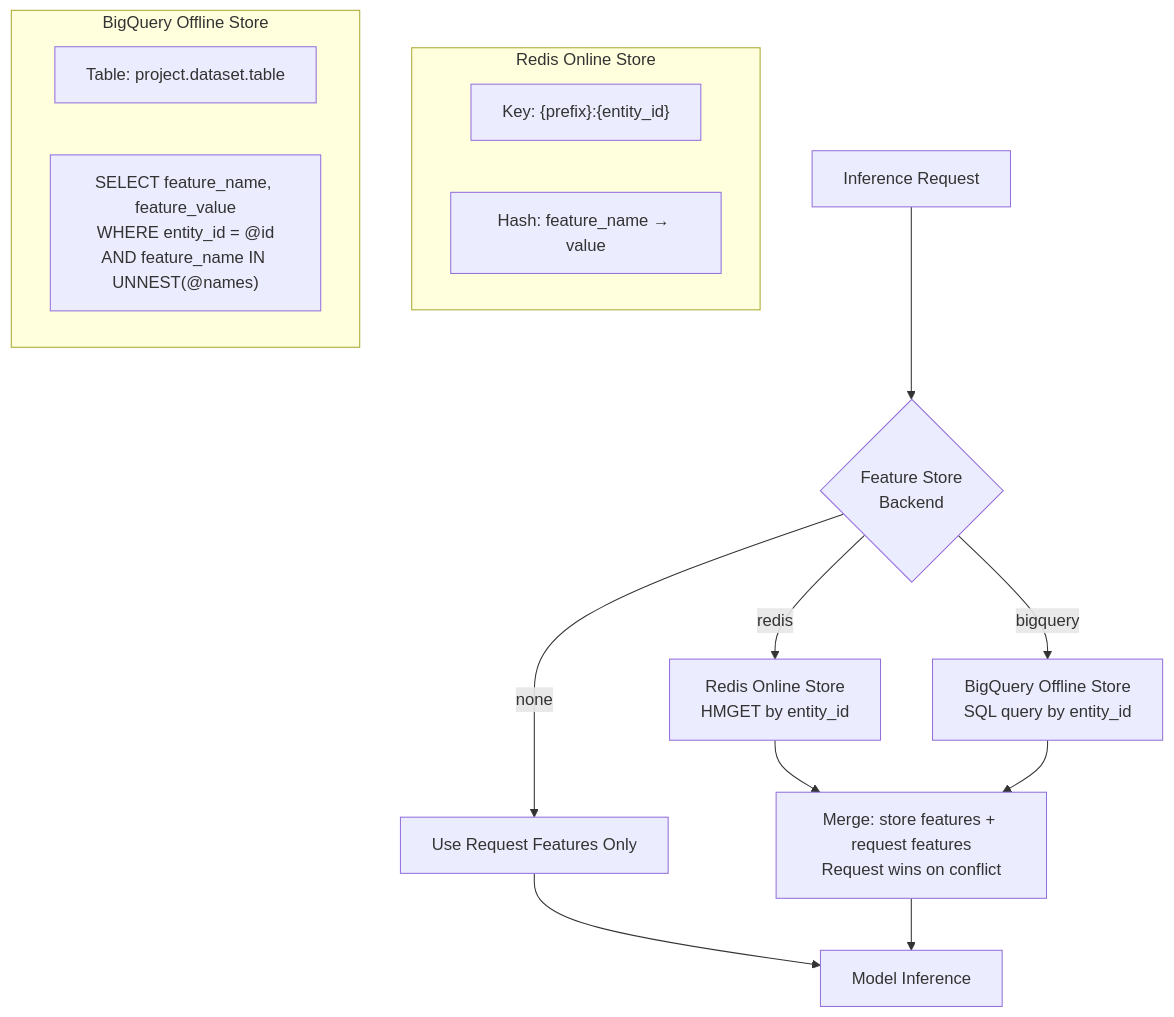
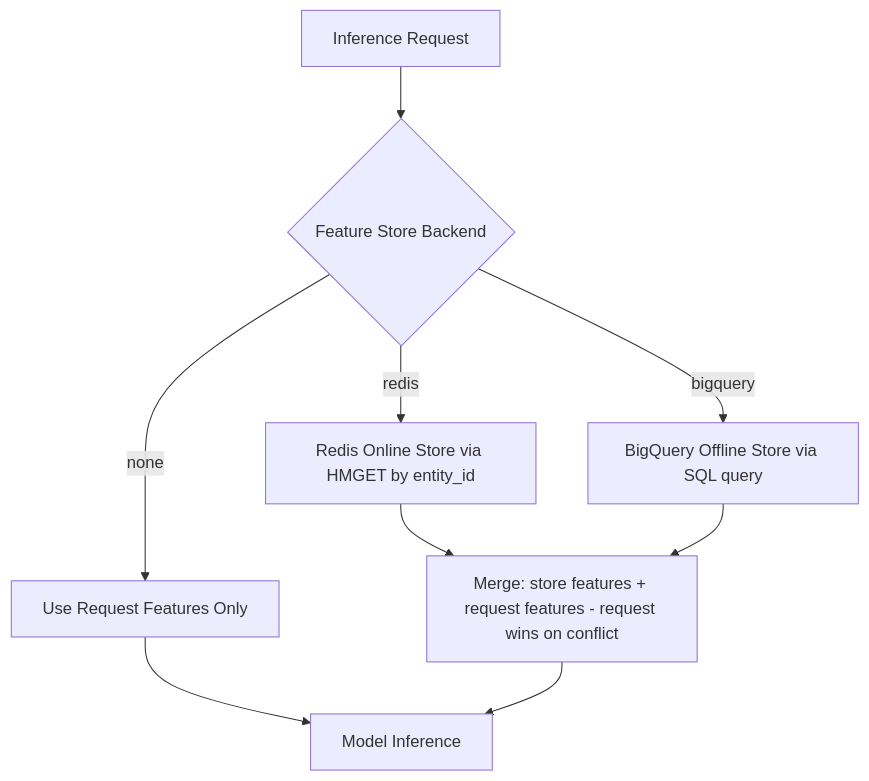
Before and after one commit to sunitakeazycommerz-a11y/InstaCommerce: the seventh of 8 diagrams in services/ai-inference-service/README.md, drawn with Mermaid. The commit also changed other lines of this file, not shown here.

Commit message:
docs(ai): deepen ai inference guide

````diff
--- a/services/ai-inference-service/README.md
+++ b/services/ai-inference-service/README.md
@@ -375,22 +444,12 @@
 ```mermaid
-graph TD
-    REQ[Inference Request] --> FS{Feature Store<br/>Backend}
-    FS -->|redis| REDIS[Redis Online Store<br/>HMGET by entity_id]
-    FS -->|bigquery| BQ[BigQuery Offline Store<br/>SQL query by entity_id]
+flowchart TD
+    REQ[Inference Request] --> FS{Feature Store Backend}
+    FS -->|redis| REDIS["Redis Online Store via HMGET by entity_id"]
+    FS -->|bigquery| BQ["BigQuery Offline Store via SQL query"]
     FS -->|none| SKIP[Use Request Features Only]
 
-    REDIS --> MERGE[Merge: store features + request features<br/>Request wins on conflict]
+    REDIS --> MERGE["Merge: store features + request features - request wins on conflict"]
     BQ --> MERGE
     SKIP --> INF[Model Inference]
     MERGE --> INF
-
-    subgraph Redis Online Store
-        RK["Key: {prefix}:{entity_id}"]
-        RV[Hash: feature_name → value]
-    end
-
-    subgraph BigQuery Offline Store
-        BQT["Table: project.dataset.table"]
-        BQQ["SELECT feature_name, feature_value<br/>WHERE entity_id = @id<br/>AND feature_name IN UNNEST(@names)"]
-    end
 ```
````
